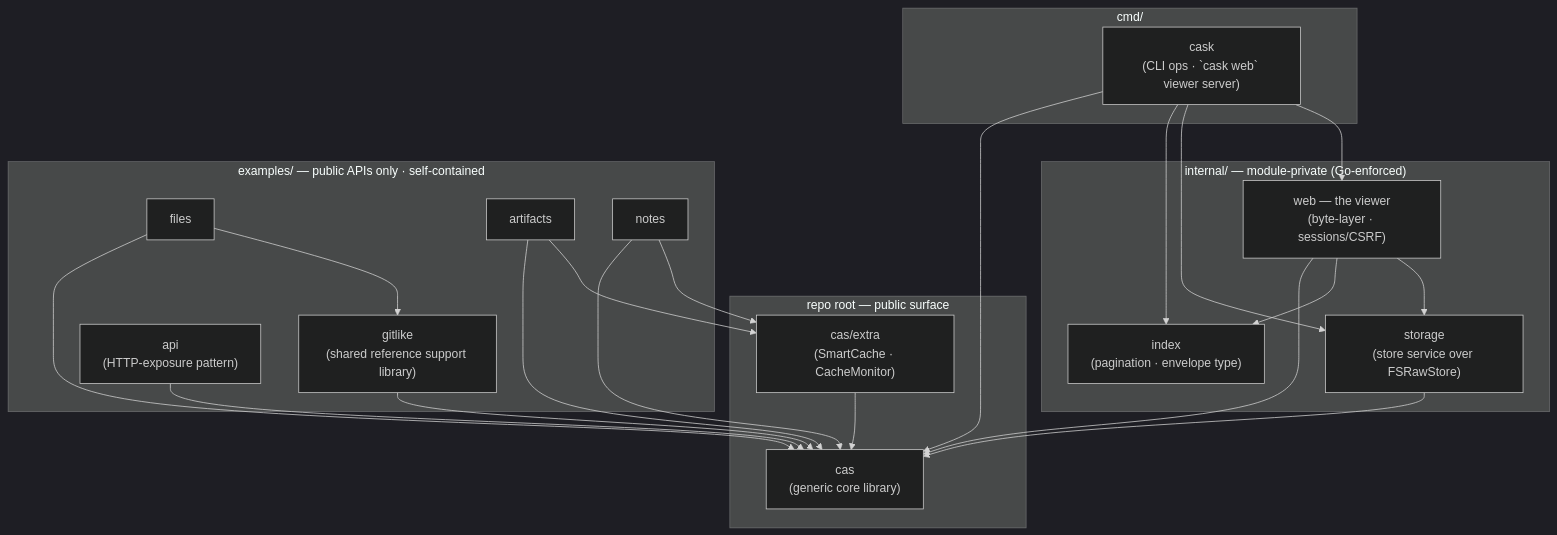
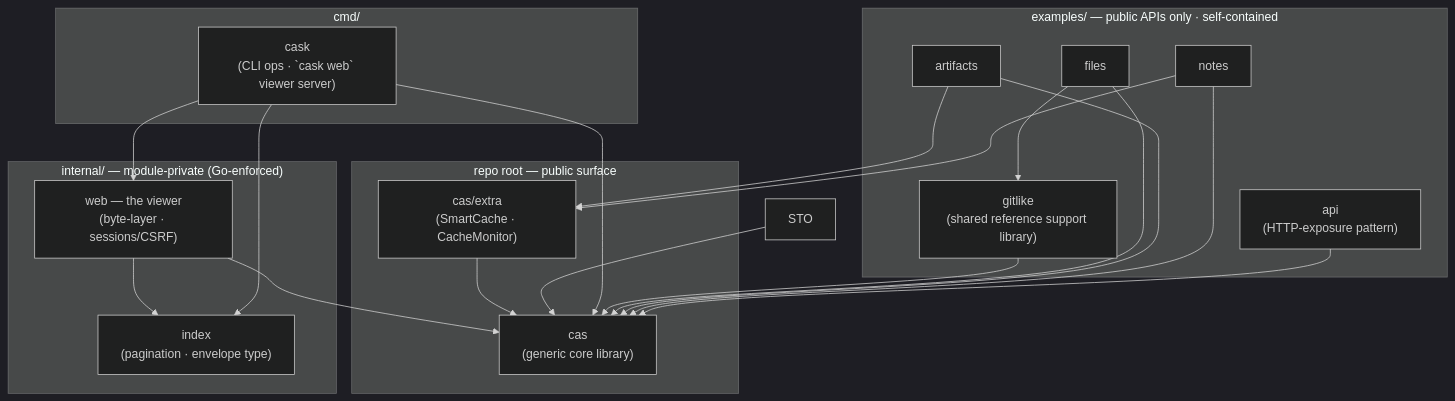
Before and after one commit to dmundt/go-cask: the first of 2 diagrams in .github/instructions/backend-architecture.instructions.md, drawn with Mermaid (dark theme). The commit also changed other lines of this file and 13 other files, not shown here.

````diff
--- a/.github/instructions/backend-architecture.instructions.md
+++ b/.github/instructions/backend-architecture.instructions.md
@@ -75,40 +74,37 @@
 ```mermaid
 flowchart TB
     subgraph PUBLIC["repo root — public surface"]
         CAS["cas<br/>(generic core library)"]
         EXTRA["cas/extra<br/>(SmartCache · CacheMonitor)"]
     end
     subgraph MODPRIV["internal/ — module-private (Go-enforced)"]
         IDX["index<br/>(pagination · envelope type)"]
-        STO["storage<br/>(store service over FSRawStore)"]
         WEB["web — the viewer<br/>(byte-layer · sessions/CSRF)"]
     end
     subgraph CMDDIR["cmd/"]
         CASK["cask<br/>(CLI ops · `cask web` viewer server)"]
     end
     subgraph EX["examples/ — public APIs only · self-contained"]
         GL["gitlike<br/>(shared reference support library)"]
         F["files"]
         ART["artifacts"]
         NT["notes"]
         API["api<br/>(HTTP-exposure pattern)"]
     end
 
     EXTRA --> CAS
     STO --> CAS
     WEB --> CAS
     WEB --> IDX
-    WEB --> STO
     CASK --> CAS
     CASK --> IDX
-    CASK --> STO
     CASK --> WEB
     GL --> CAS
     F --> CAS
     F --> GL
     ART --> CAS
     ART --> EXTRA
     NT --> CAS
     NT --> EXTRA
     API --> CAS
 ```
````
